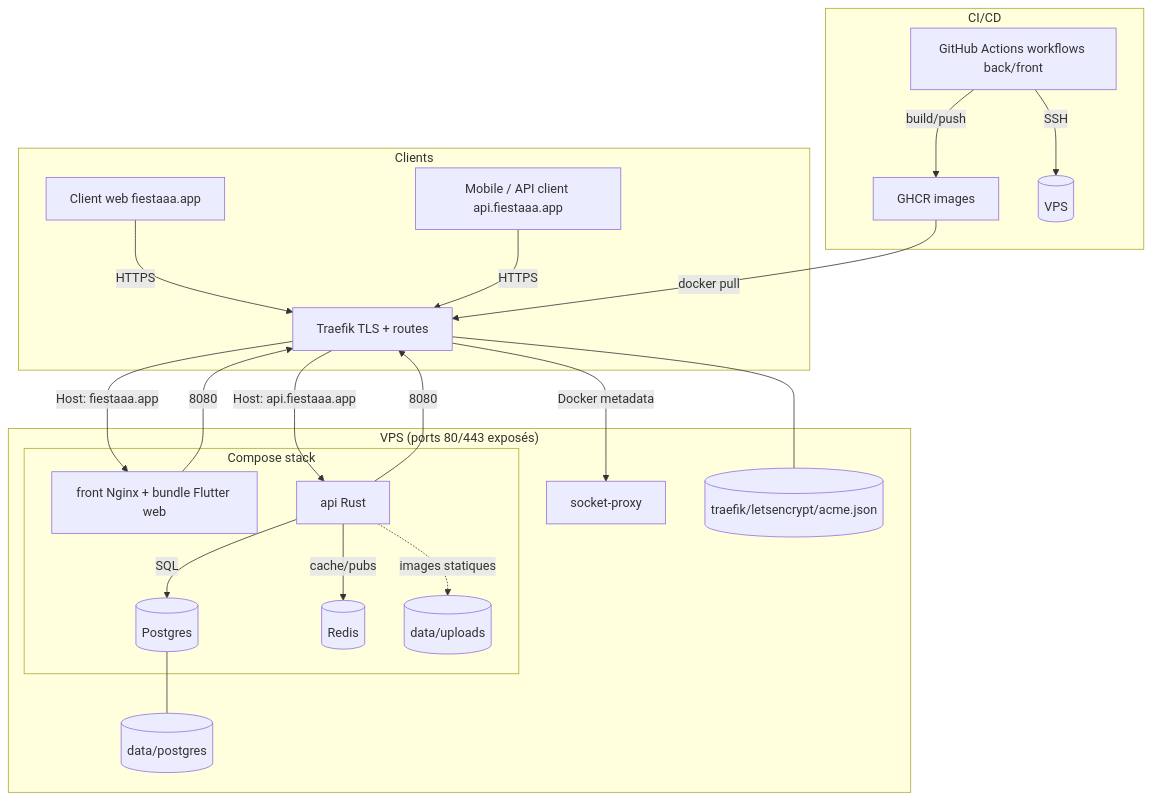
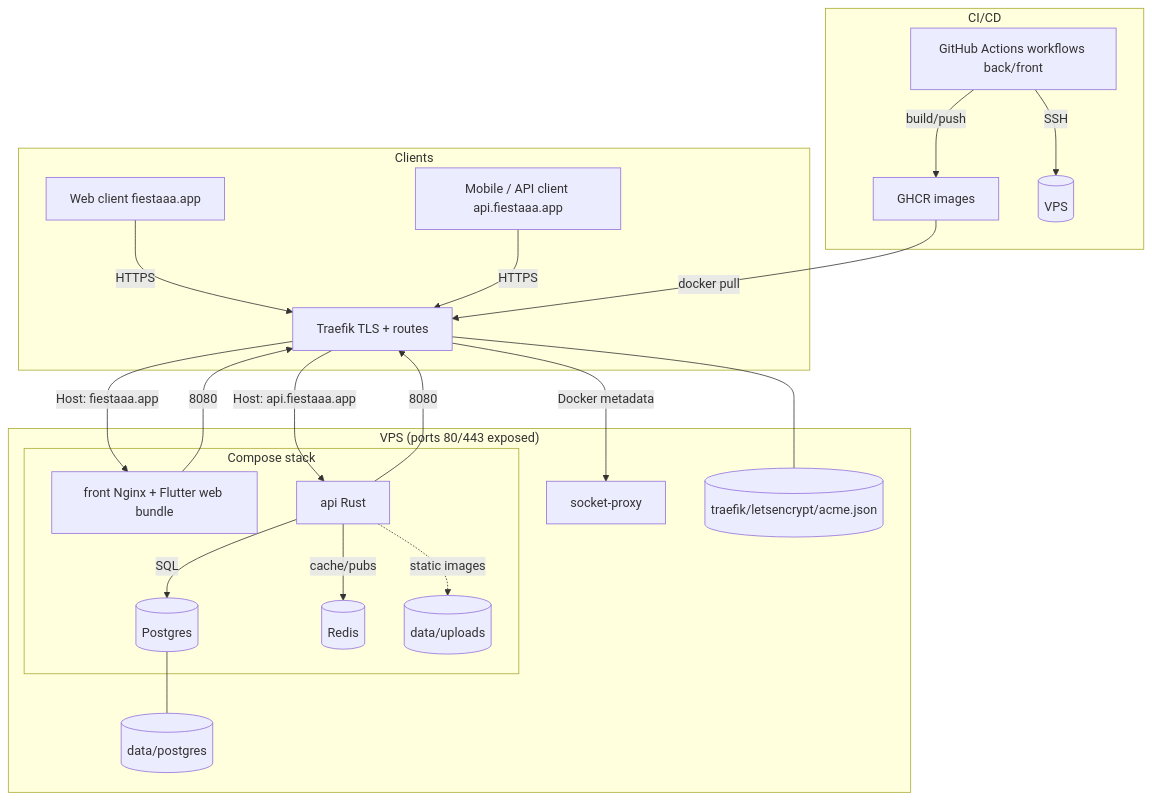
The diagram in docs/deploiement.md (theopeuchlestrade/fiestaaa_back), drawn with Mermaid before and after one commit. The commit also changed other lines of this file and 32 other files, not shown here.

````diff
--- a/docs/deploiement.md
+++ b/docs/deploiement.md
@@ -23,30 +40,30 @@
 ```mermaid
 graph TD
   subgraph Clients
-    W["Client web fiestaaa.app"] -->|HTTPS| T
+    W["Web client fiestaaa.app"] -->|HTTPS| T
     M["Mobile / API client api.fiestaaa.app"] -->|HTTPS| T
   end
 
-  subgraph "VPS (ports 80/443 exposés)"
+  subgraph "VPS (ports 80/443 exposed)"
     T["Traefik TLS + routes"] -->|Docker metadata| S["socket-proxy"]
     T -->|Host: fiestaaa.app| F
     T -->|Host: api.fiestaaa.app| A
 
     subgraph "Compose stack"
-      F["front Nginx + bundle Flutter web"] -->|8080| T
+      F["front Nginx + Flutter web bundle"] -->|8080| T
       A["api Rust"] -->|8080| T
       A -->|SQL| DB[(Postgres)]
       A -->|cache/pubs| R[(Redis)]
-      A -. images statiques .-> VU[(data/uploads)]
+      A -. static images .-> VU[(data/uploads)]
     end
 
     DB --- VP[(data/postgres)]
     T --- VL[(traefik/letsencrypt/acme.json)]
   end
 
   subgraph "CI/CD"
     GH["GitHub Actions workflows back/front"] -->|build/push| GHCR[GHCR images]
     GH -->|SSH| VPS[(VPS)]
     GHCR -->|docker pull| T
   end
 ```
````
